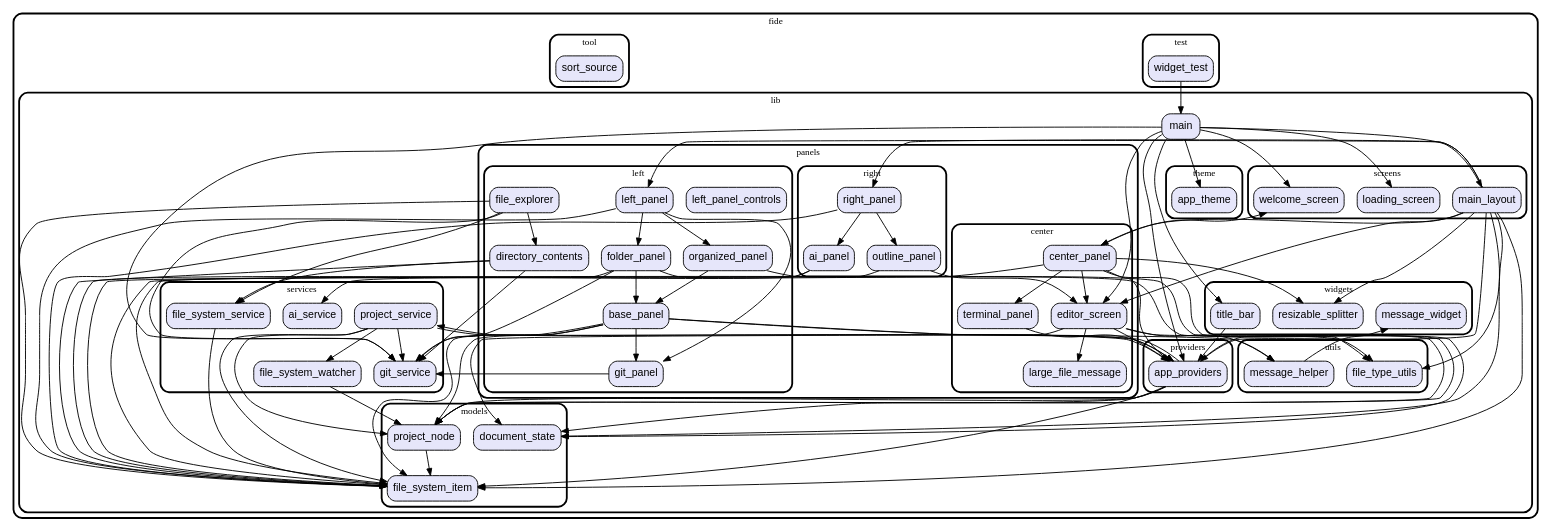
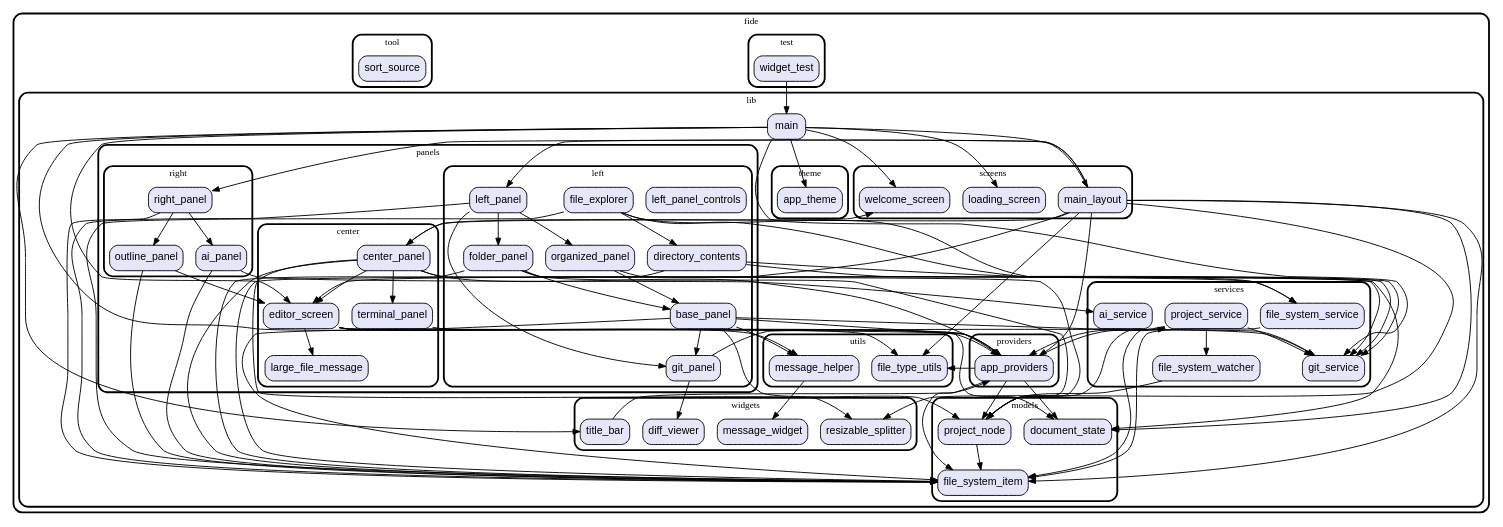
The diagram in graph.dot (vteam-com/FIDE), drawn with Graphviz before and after one commit. The commit also changed 5 other files, not shown here.

Commit message:
git file diff UX

```diff
--- a/graph.dot
+++ b/graph.dot
@@ -35,6 +35,7 @@
   "/lib/services/ai_service.dart" [label="ai_service"];
   "/lib/services/file_system_service.dart" [label="file_system_service"];
   "/lib/widgets/resizable_splitter.dart" [label="resizable_splitter"];
+  "/lib/widgets/diff_viewer.dart" [label="diff_viewer"];
   "/lib/widgets/title_bar.dart" [label="title_bar"];
   "/lib/widgets/message_widget.dart" [label="message_widget"];
   "/tool/sort_source.dart" [label="sort_source"];
@@ -110,6 +111,7 @@
       subgraph "cluster~/lib/widgets" {
         label="widgets";
         "/lib/widgets/resizable_splitter.dart";
+        "/lib/widgets/diff_viewer.dart";
         "/lib/widgets/title_bar.dart";
         "/lib/widgets/message_widget.dart";
       }
@@ -146,6 +148,7 @@
   "/lib/panels/center/center_panel.dart" -> "/lib/widgets/resizable_splitter.dart";
   "/lib/panels/center/center_panel.dart" -> "/lib/models/file_system_item.dart";
   "/lib/panels/left/git_panel.dart" -> "/lib/services/git_service.dart";
+  "/lib/panels/left/git_panel.dart" -> "/lib/widgets/diff_viewer.dart";
   "/lib/panels/left/base_panel.dart" -> "/lib/models/project_node.dart";
   "/lib/panels/left/base_panel.dart" -> "/lib/models/file_system_item.dart";
   "/lib/panels/left/base_panel.dart" -> "/lib/services/git_service.dart";
```
